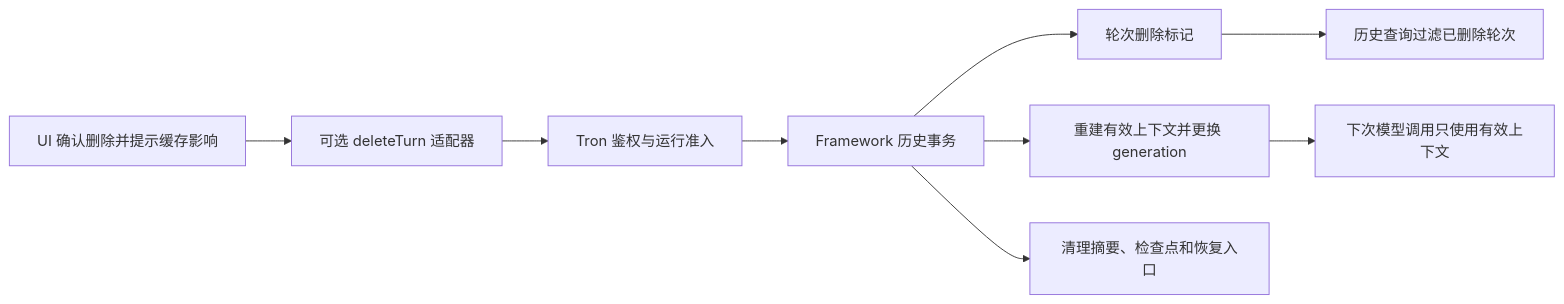
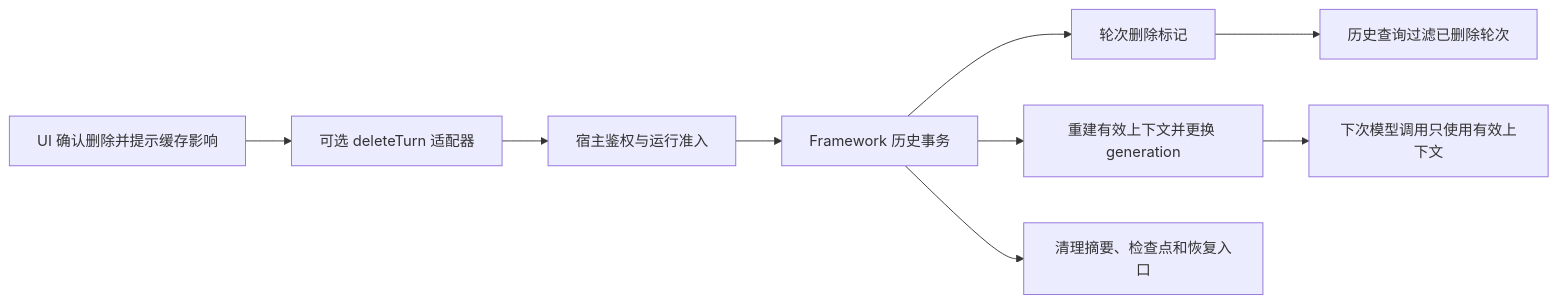
Before and after one commit to Penglai-Link/eliteforge-agent-framework: the second of 2 diagrams in docs/结构化会话历史.md, drawn with Mermaid. The commit also changed other lines of this file and 60 other files, not shown here.

````diff
--- a/docs/结构化会话历史.md
+++ b/docs/结构化会话历史.md
@@ -58,11 +58,11 @@
 ```mermaid
 flowchart LR
     UI[UI 确认删除并提示缓存影响] --> A[可选 deleteTurn 适配器]
-    A --> T[Tron 鉴权与运行准入]
+    A --> T[宿主鉴权与运行准入]
     T --> F[Framework 历史事务]
     F --> D[轮次删除标记]
     F --> C[重建有效上下文并更换 generation]
     F --> I[清理摘要、检查点和恢复入口]
     D --> H[历史查询过滤已删除轮次]
     C --> M[下次模型调用只使用有效上下文]
 ```
````
